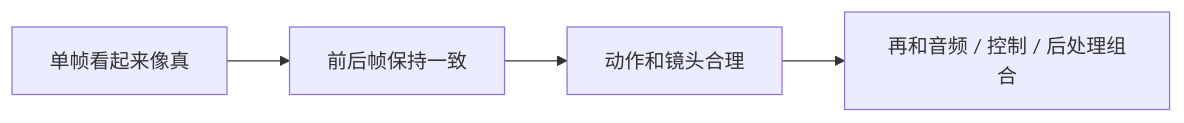
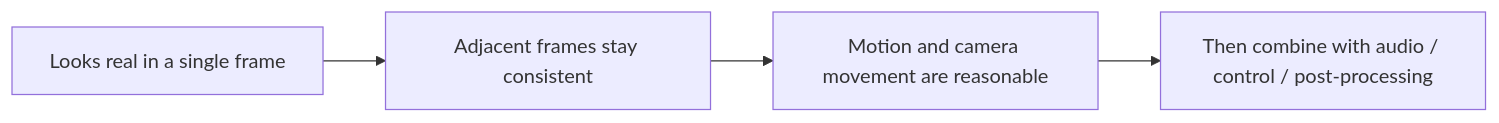
The diagram in docs/ch12-multimodal/ch03-video-gen/01-video-generation.md (oudbiao/AI-fullstack-course), drawn with Mermaid before and after one commit. The commit also changed other lines of this file and 1406 other files, not shown here.

````diff
--- a/docs/ch12-multimodal/ch03-video-gen/01-video-generation.md
+++ b/docs/ch12-multimodal/ch03-video-gen/01-video-generation.md
@@ -37,6 +37,6 @@
 ```mermaid
 flowchart LR
-    A["单帧看起来像真"] --> B["前后帧保持一致"]
-    B --> C["动作和镜头合理"]
-    C --> D["再和音频 / 控制 / 后处理组合"]
+    A["Looks real in a single frame"] --> B["Adjacent frames stay consistent"]
+    B --> C["Motion and camera movement are reasonable"]
+    C --> D["Then combine with audio / control / post-processing"]
 ```
````
